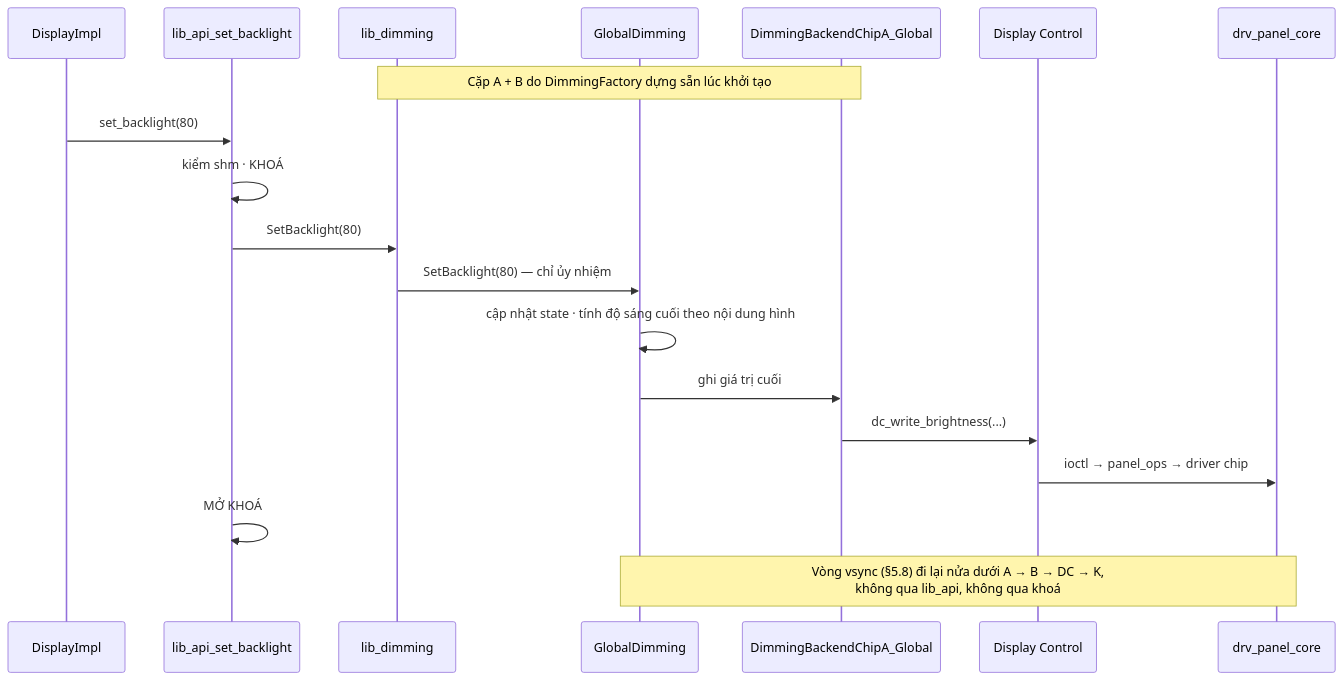
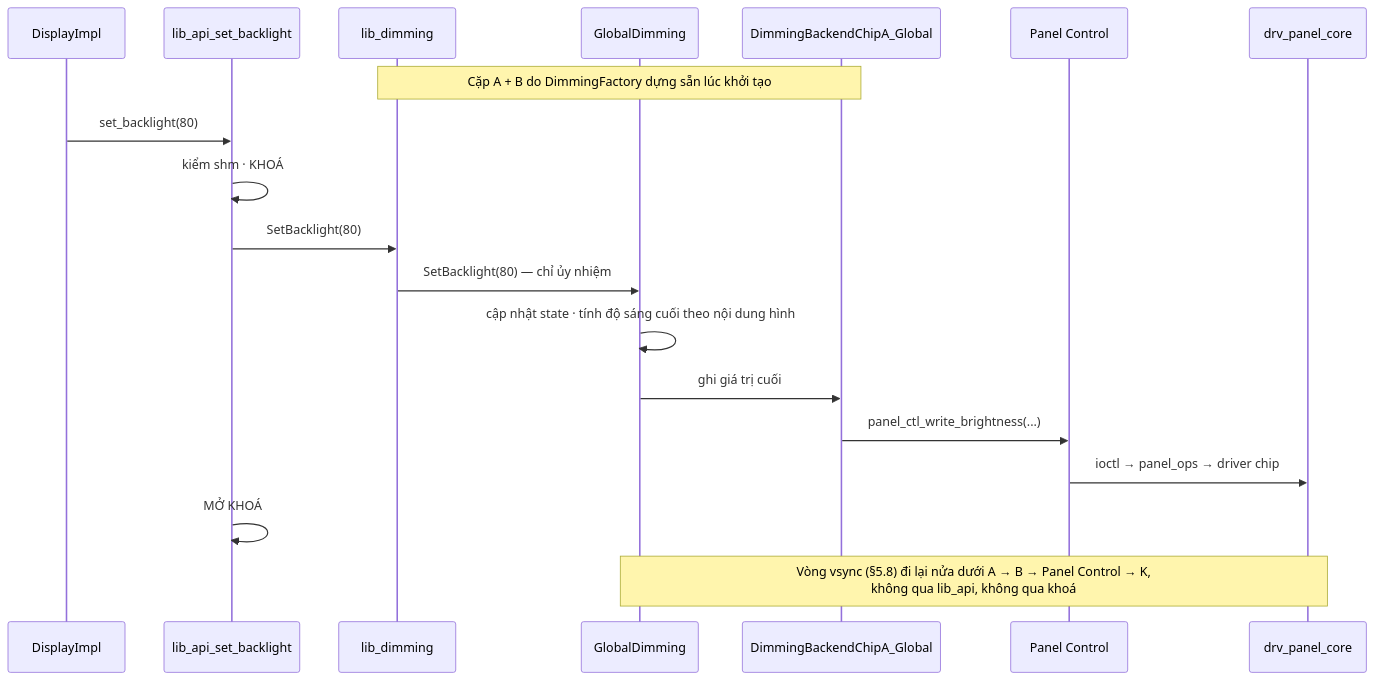
Before and after one commit to gia0901/Embedded-Knowledge: the fourth of 5 diagrams in 11-design-patterns/in-practice/A1-baseline-libdisplay.md, drawn with Mermaid. The commit also changed other lines of this file and 21 other files, not shown here.

````diff
--- a/11-design-patterns/in-practice/A1-baseline-libdisplay.md
+++ b/11-design-patterns/in-practice/A1-baseline-libdisplay.md
@@ -286,22 +288,22 @@
 ```mermaid
 sequenceDiagram
     participant P as DisplayImpl
     participant API as lib_api_set_backlight
     participant D as lib_dimming
     participant A as GlobalDimming
     participant B as DimmingBackendChipA_Global
-    participant DC as Display Control
+    participant DC as Panel Control
     participant K as drv_panel_core
 
     Note over D,B: Cặp A + B do DimmingFactory dựng sẵn lúc khởi tạo
     P->>API: set_backlight(80)
     API->>API: kiểm shm · KHOÁ
     API->>D: SetBacklight(80)
     D->>A: SetBacklight(80) — chỉ ủy nhiệm
     A->>A: cập nhật state · tính độ sáng cuối theo nội dung hình
     A->>B: ghi giá trị cuối
-    B->>DC: dc_write_brightness(...)
+    B->>DC: panel_ctl_write_brightness(...)
     DC->>K: ioctl → panel_ops → driver chip
     API->>API: MỞ KHOÁ
-    Note over A,K: Vòng vsync (§5.8) đi lại nửa dưới A → B → DC → K,<br/>không qua lib_api, không qua khoá
+    Note over A,K: Vòng vsync (§5.8) đi lại nửa dưới A → B → Panel Control → K,<br/>không qua lib_api, không qua khoá
 ```
````
